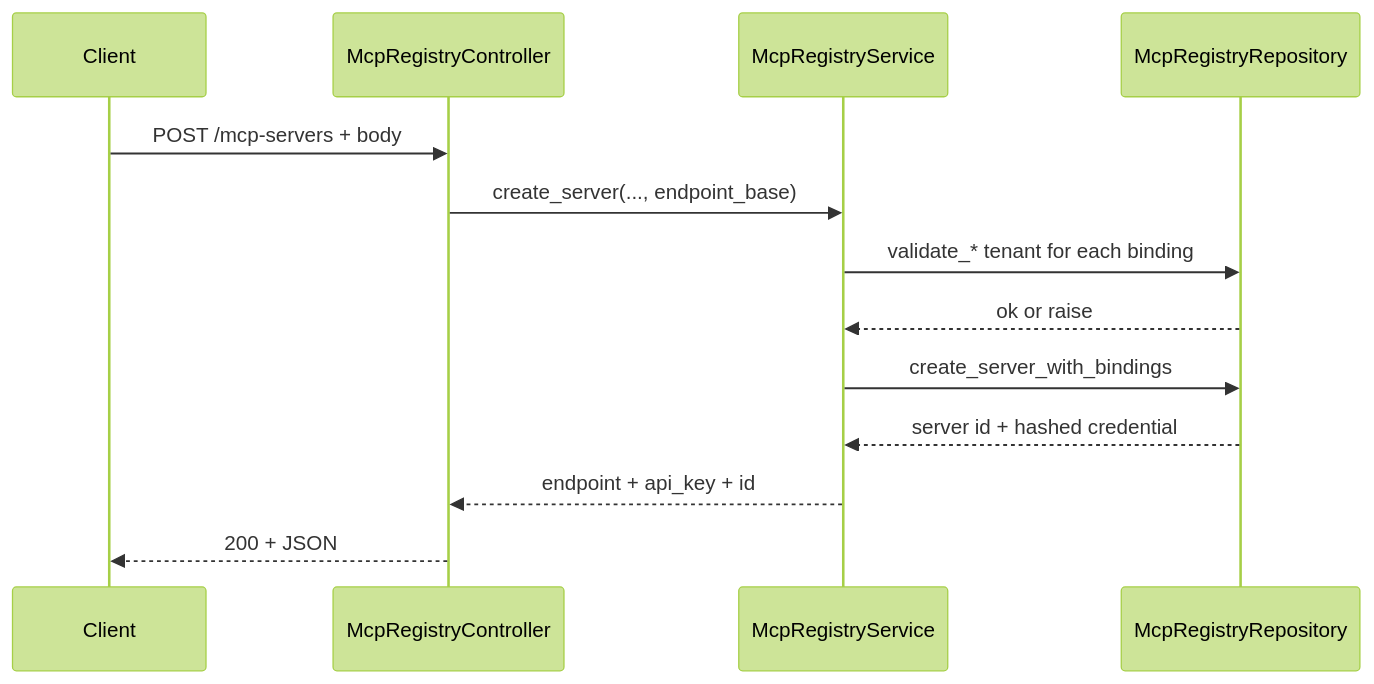
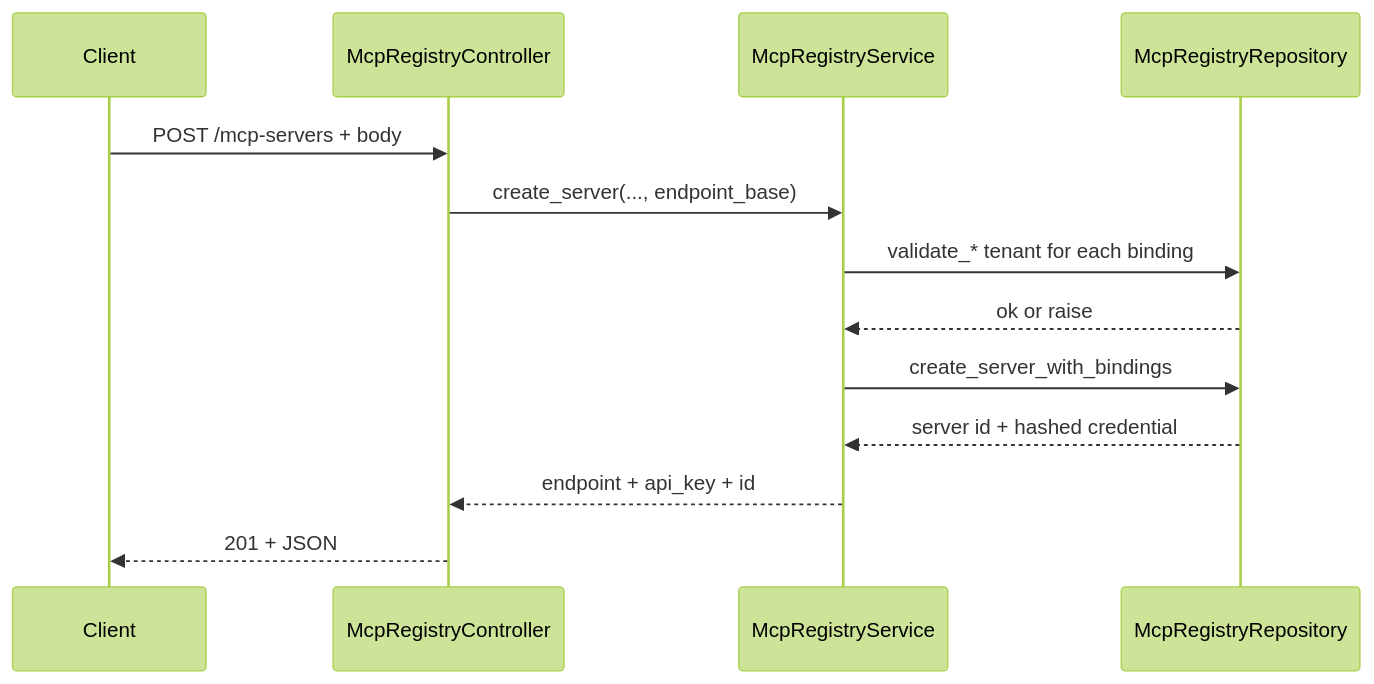
The first of 2 diagrams in docs/MCP/registry-and-api.md (marcosvs98/agent-orchestration-core), drawn with Mermaid (forest theme) before and after one commit. The commit also changed other lines of this file and 435 other files, not shown here.

````diff
--- a/docs/MCP/registry-and-api.md
+++ b/docs/MCP/registry-and-api.md
@@ -46,15 +47,15 @@
 ```mermaid
 sequenceDiagram
   participant C as Client
   participant Ctrl as McpRegistryController
   participant S as McpRegistryService
   participant R as McpRegistryRepository
   C->>Ctrl: POST /mcp-servers + body
   Ctrl->>S: create_server(..., endpoint_base)
   S->>R: validate_* tenant for each binding
   R-->>S: ok or raise
   S->>R: create_server_with_bindings
   R-->>S: server id + hashed credential
   S-->>Ctrl: endpoint + api_key + id
-  Ctrl-->>C: 200 + JSON
+  Ctrl-->>C: 201 + JSON
 ```
````
